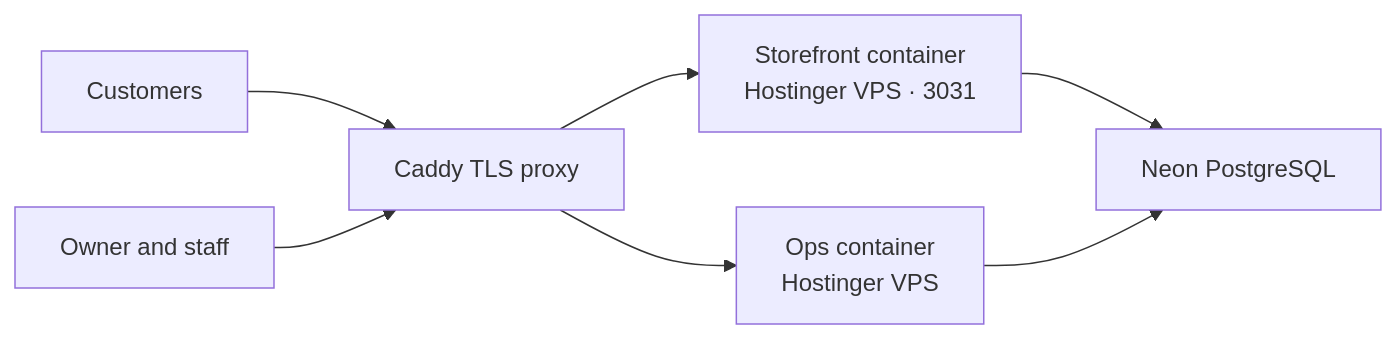
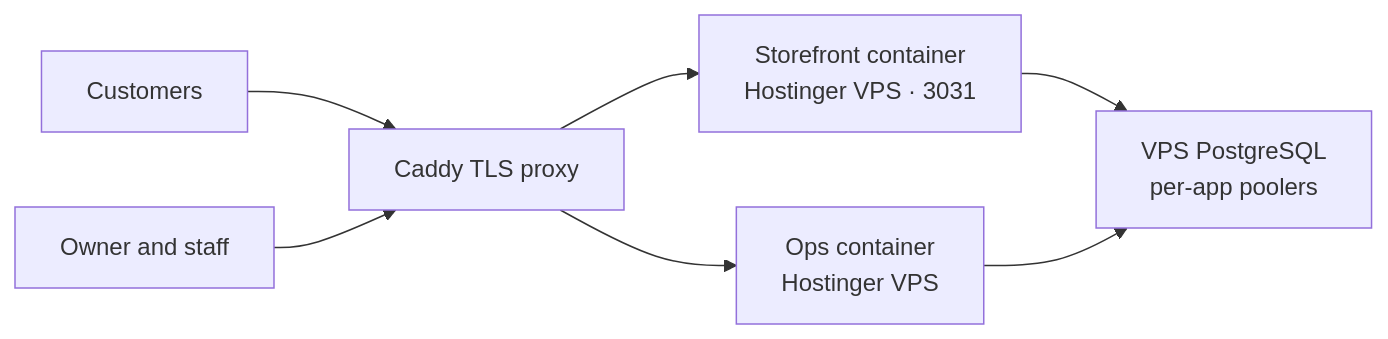
Before and after one commit to MohsinMMK/perfume-aura: the diagram in README.md, drawn with Mermaid. The commit also changed other lines of this file and 7 other files, not shown here.

First line of the commit message:
docs: record the move of both apps to the VPS PostgreSQL

````diff
--- a/README.md
+++ b/README.md
@@ -16,9 +16,9 @@
 ```mermaid
 flowchart LR
   customer["Customers"] --> caddy["Caddy TLS proxy"]
   caddy --> storefront["Storefront container<br/>Hostinger VPS · 3031"]
   staff["Owner and staff"] --> caddy["Caddy TLS proxy"]
   caddy --> ops["Ops container<br/>Hostinger VPS"]
-  storefront --> neon["Neon PostgreSQL"]
-  ops --> neon
+  storefront --> postgres["VPS PostgreSQL<br/>per-app poolers"]
+  ops --> postgres
 ```
````
